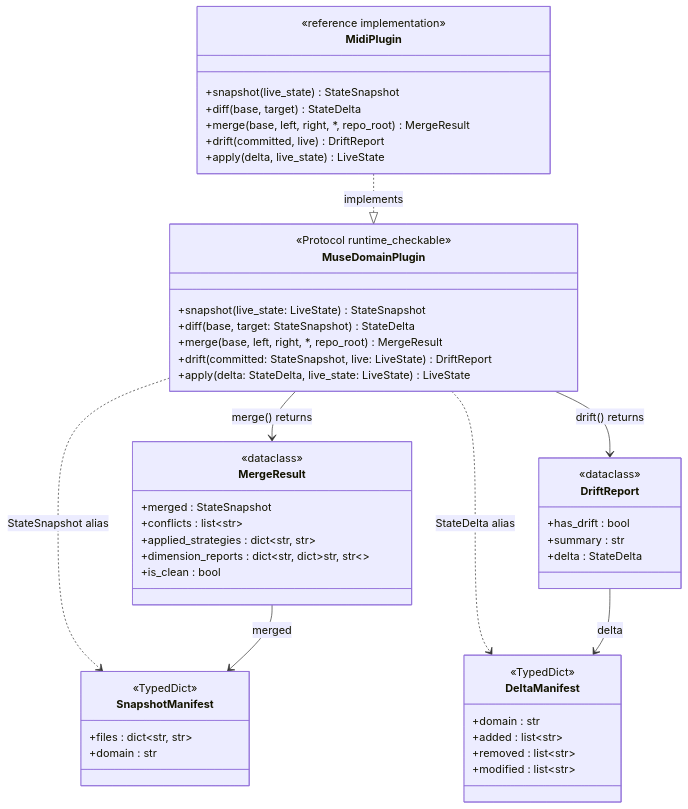
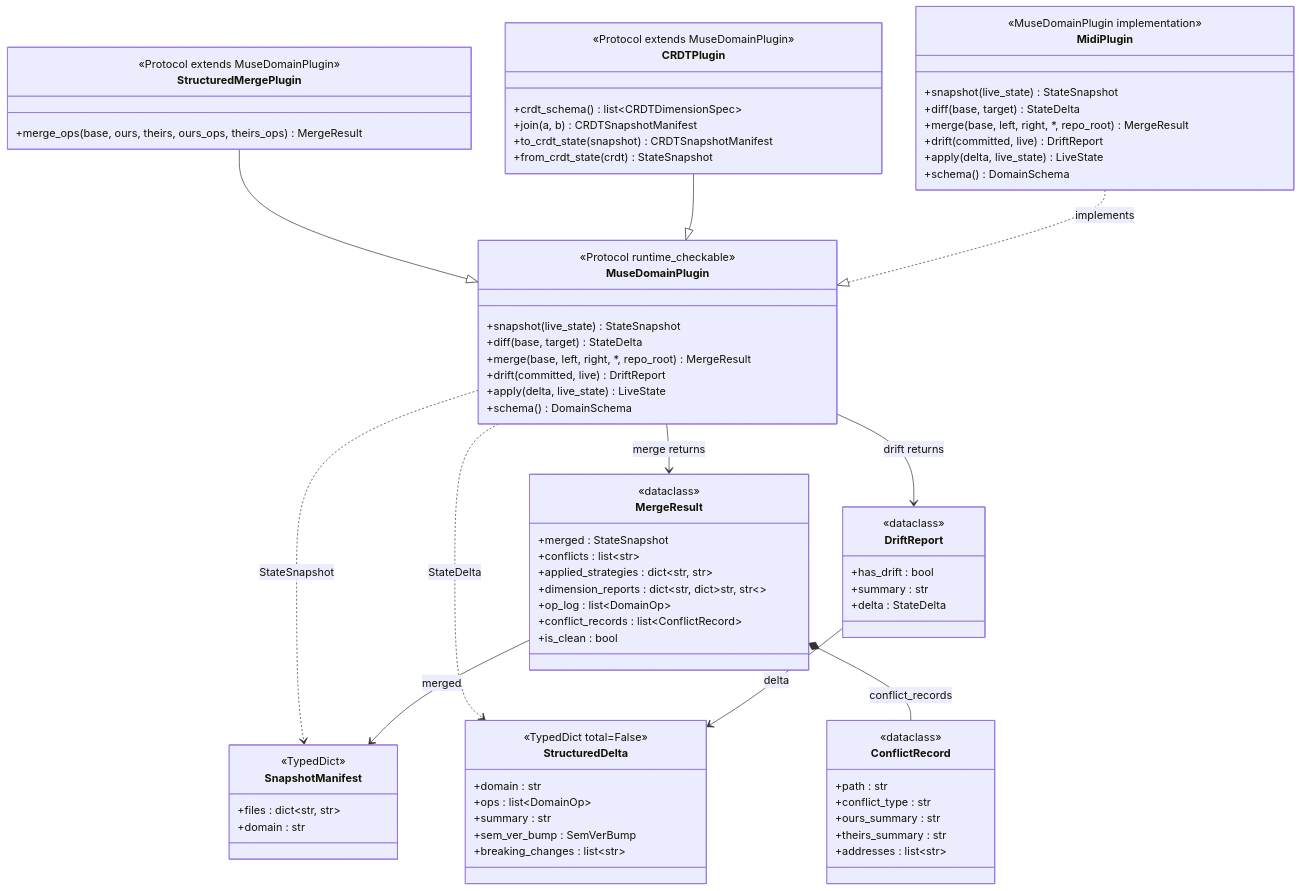
The first of 11 diagrams in docs/reference/type-contracts.md (cgcardona/muse), drawn with Mermaid before and after one commit. The commit also changed other lines of this file, not shown here.

First line of the commit message:
docs: complete type-contracts.md refresh for v0.2.0 (#78)

````diff
--- a/docs/reference/type-contracts.md
+++ b/docs/reference/type-contracts.md
@@ -891,53 +1512,80 @@
 ```mermaid
 classDiagram
     class SnapshotManifest {
         <<TypedDict>>
         +files : dict~str, str~
         +domain : str
     }
-    class DeltaManifest {
-        <<TypedDict>>
+    class StructuredDelta {
+        <<TypedDict total=False>>
         +domain : str
-        +added : list~str~
-        +removed : list~str~
-        +modified : list~str~
+        +ops : list~DomainOp~
+        +summary : str
+        +sem_ver_bump : SemVerBump
+        +breaking_changes : list~str~
     }
     class MergeResult {
         <<dataclass>>
         +merged : StateSnapshot
         +conflicts : list~str~
         +applied_strategies : dict~str, str~
         +dimension_reports : dict~str, dict~str, str~~
+        +op_log : list~DomainOp~
+        +conflict_records : list~ConflictRecord~
         +is_clean : bool
+    }
+    class ConflictRecord {
+        <<dataclass>>
+        +path : str
+        +conflict_type : str
+        +ours_summary : str
+        +theirs_summary : str
+        +addresses : list~str~
     }
     class DriftReport {
         <<dataclass>>
         +has_drift : bool
         +summary : str
         +delta : StateDelta
     }
     class MuseDomainPlugin {
         <<Protocol runtime_checkable>>
-        +snapshot(live_state: LiveState) StateSnapshot
-        +diff(base, target: StateSnapshot) StateDelta
-        +merge(base, left, right, *, repo_root) MergeResult
-        +drift(committed: StateSnapshot, live: LiveState) DriftReport
-        +apply(delta: StateDelta, live_state: LiveState) LiveState
-    }
-    class MidiPlugin {
-        <<reference implementation>>
         +snapshot(live_state) StateSnapshot
         +diff(base, target) StateDelta
         +merge(base, left, right, *, repo_root) MergeResult
         +drift(committed, live) DriftReport
         +apply(delta, live_state) LiveState
+        +schema() DomainSchema
+    }
+    class StructuredMergePlugin {
+        <<Protocol extends MuseDomainPlugin>>
+        +merge_ops(base, ours, theirs, ours_ops, theirs_ops) MergeResult
+    }
+    class CRDTPlugin {
+        <<Protocol extends MuseDomainPlugin>>
+        +crdt_schema() list~CRDTDimensionSpec~
+        +join(a, b) CRDTSnapshotManifest
+        +to_crdt_state(snapshot) CRDTSnapshotManifest
+        +from_crdt_state(crdt) StateSnapshot
+    }
+    class MidiPlugin {
+        <<MuseDomainPlugin implementation>>
+        +snapshot(live_state) StateSnapshot
+        +diff(base, target) StateDelta
+        +merge(base, left, right, *, repo_root) MergeResult
+        +drift(committed, live) DriftReport
+        +apply(delta, live_state) LiveState
+        +schema() DomainSchema
     }
 
-    MuseDomainPlugin ..> SnapshotManifest : StateSnapshot alias
-    MuseDomainPlugin ..> DeltaManifest : StateDelta alias
-    MuseDomainPlugin --> MergeResult : merge() returns
-    MuseDomainPlugin --> DriftReport : drift() returns
+    MuseDomainPlugin ..> SnapshotManifest : StateSnapshot
+    MuseDomainPlugin ..> StructuredDelta : StateDelta
+    MuseDomainPlugin --> MergeResult : merge returns
+    MuseDomainPlugin --> DriftReport : drift returns
+    StructuredMergePlugin --|> MuseDomainPlugin
+    CRDTPlugin --|> MuseDomainPlugin
     MidiPlugin ..|> MuseDomainPlugin : implements
     MergeResult --> SnapshotManifest : merged
-    DriftReport --> DeltaManifest : delta
+    MergeResult *-- ConflictRecord : conflict_records
+    DriftReport --> StructuredDelta : delta
 ```
````
